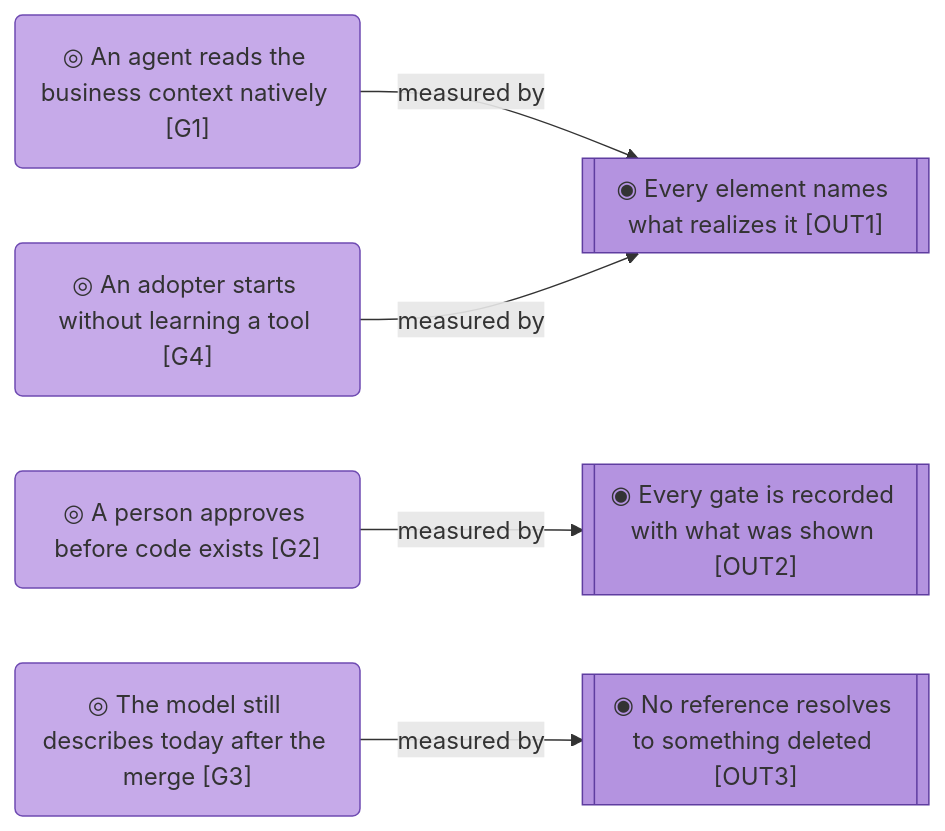
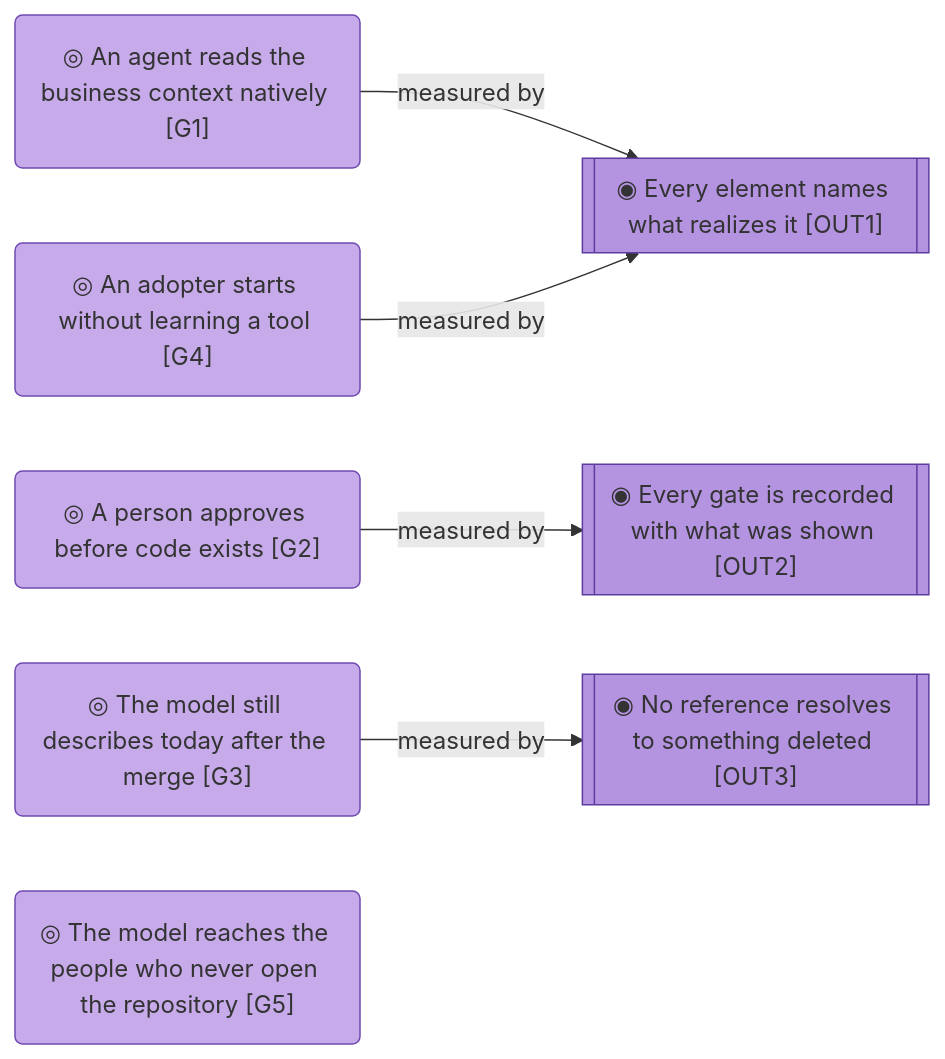
Before and after one commit to roanboc/architecture-archreator: the fourth of 4 diagrams in product-archreator/architecture/1_strategy/1_motivation.md, drawn with Mermaid. The commit also changed other lines of this file and 9 other files, not shown here.

````diff
--- a/product-archreator/architecture/1_strategy/1_motivation.md
+++ b/product-archreator/architecture/1_strategy/1_motivation.md
@@ -120,19 +128,20 @@
 ```mermaid
 flowchart LR
   g1("◎ An agent reads the business context natively [G1]"):::goal
   g2("◎ A person approves before code exists [G2]"):::goal
   g3("◎ The model still describes today after the merge [G3]"):::goal
   g4("◎ An adopter starts without learning a tool [G4]"):::goal
+  g5("◎ The model reaches the people who never open the repository [G5]"):::goal
 
   out1[["◉ Every element names what realizes it [OUT1]"]]:::outcome
   out2[["◉ Every gate is recorded with what was shown [OUT2]"]]:::outcome
   out3[["◉ No reference resolves to something deleted [OUT3]"]]:::outcome
 
   g1 -->|measured by| out1
   g2 -->|measured by| out2
   g3 -->|measured by| out3
   g4 -->|measured by| out1
 
   classDef goal fill:#c6aae9,stroke:#6f4bb2,color:#333
   classDef outcome fill:#b493e0,stroke:#5f3da0,color:#333
 ```
````
